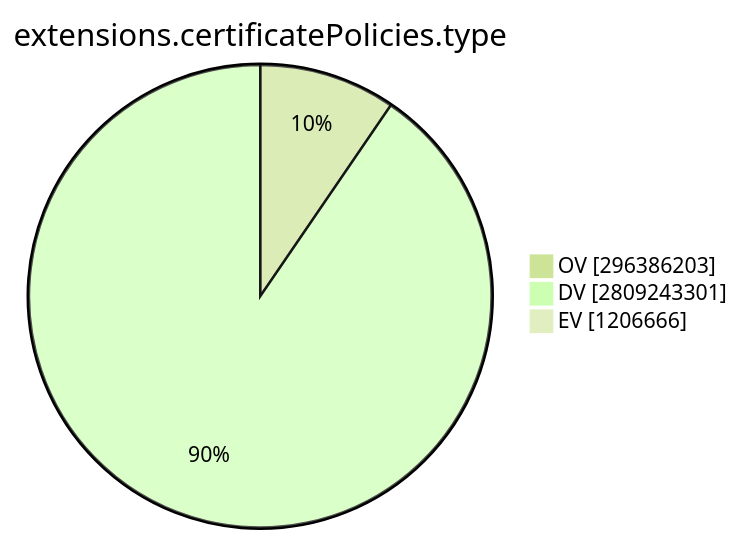
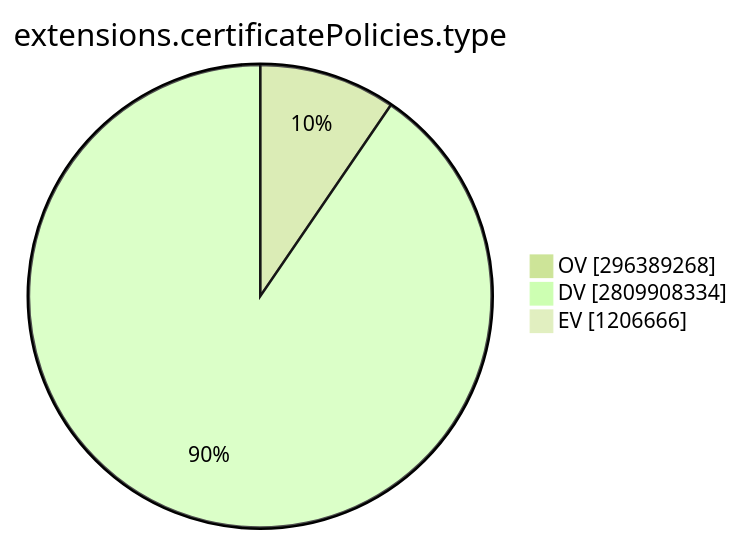
Before and after one commit to christiankrug/ctmonitor_visualization: the ninth of 15 diagrams in TOTAL/README.md, drawn with Mermaid (forest theme). The commit also changed other lines of this file, not shown here.

````diff
--- a/TOTAL/README.md
+++ b/TOTAL/README.md
@@ -3099,7 +3099,7 @@
 ```mermaid
 pie showData
 title extensions.certificatePolicies.type
-"OV" :296386203
-"DV" :2809243301
+"OV" :296389268
+"DV" :2809908334
 "EV" :1206666
 ```
````
